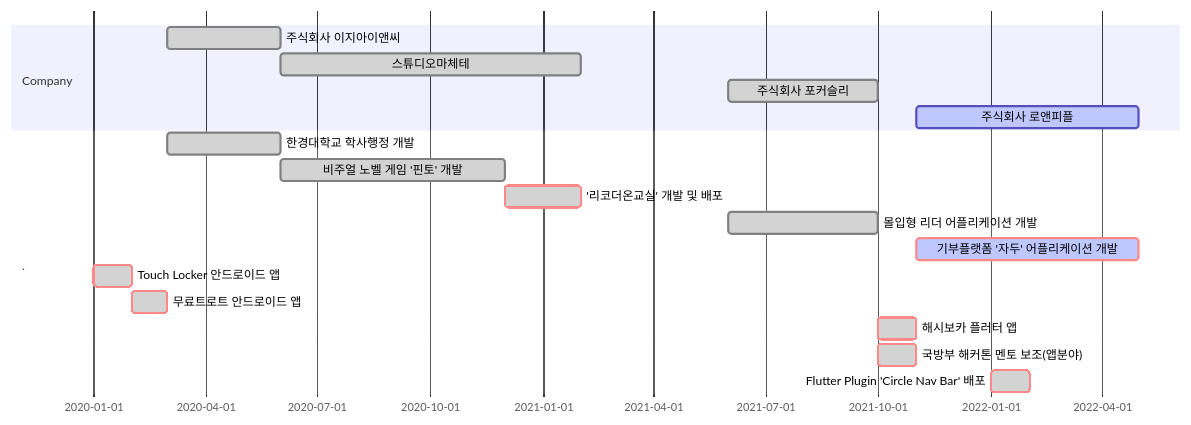
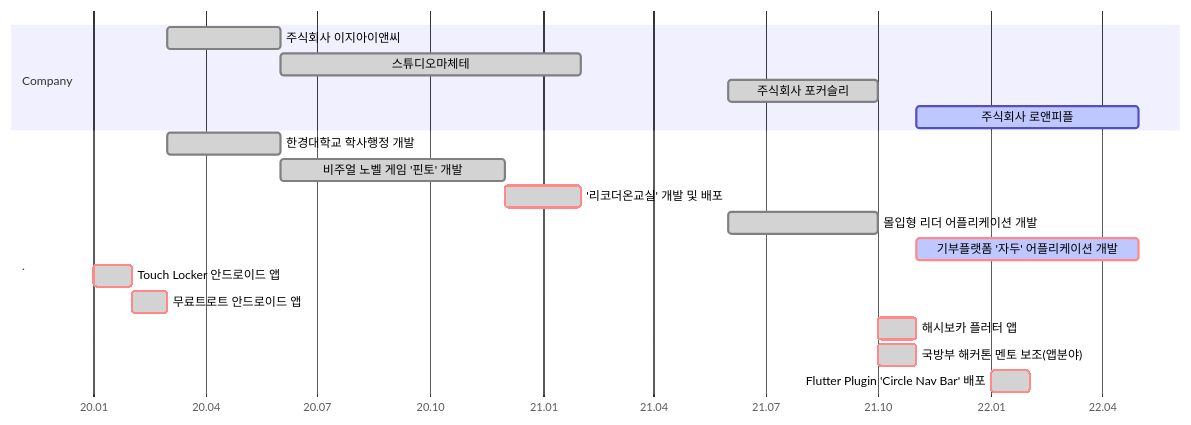
Before and after one commit to 111coding/111coding.github.io: the diagram in books/resume/_src/README.md, drawn with Mermaid. The commit also changed other lines of this file and 4 other files, not shown here.

```diff
--- a/books/resume/_src/README.md
+++ b/books/resume/_src/README.md
@@ -39,22 +43,24 @@
 <div class="mermaid">
 gantt
         dateFormat  YYYY-MM
+        axisFormat %y.%m
+        todayMarker stroke-width:2px,stroke:#FF,opacity:0.5
 
         section Company
         주식회사 이지아이앤씨            :done,    des1, 2020-03,2020-06
         스튜디오마체테                 :done,     des2, 2020-06,2021-02
         주식회사 포커슬리               :done,         des3, 2021-06,2021-10
         주식회사 로앤피플               :active,         des4, 2021-11,2022-05
 
         section .
         한경대학교 학사행정 개발                  : done, 2020-03,2020-06
         비주얼 노벨 게임 '핀토' 개발              : done, 2020-06,2020-12
         '리코더온교실' 개발 및 배포               : crit, done, 2020-12,2021-02
         몰입형 리더 어플리케이션 개발              : done, 2021-06,2021-10
         기부플랫폼 '자두' 어플리케이션 개발         : crit, active, 2021-11,2022-05
         Touch Locker 안드로이드 앱             : crit, done, 2020-01,2020-02
         무료트로트 안드로이드 앱                  : crit, done, 2020-02,2020-03
         해시보카 플러터 앱                      : crit, done, 2021-10,2021-11
         국방부 해커톤 멘토 보조(앱분야)            : crit, done, 2021-10,2021-11
         Flutter Plugin 'Circle Nav Bar' 배포 : crit, done, 2022-01,2022-02
 </div>
```
